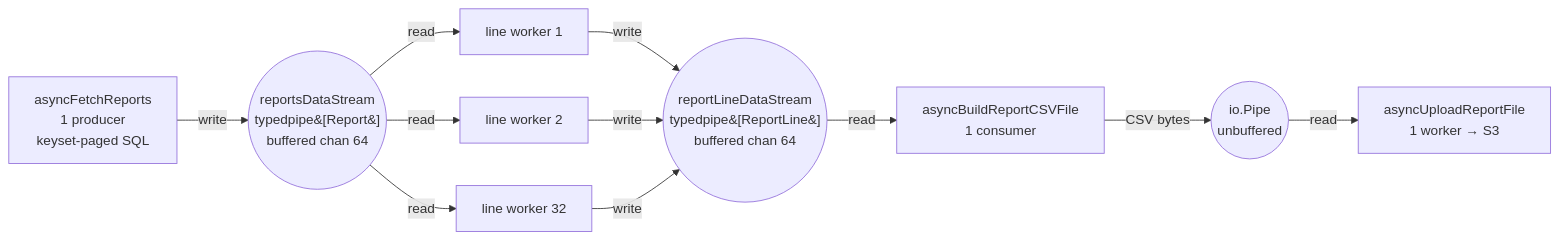
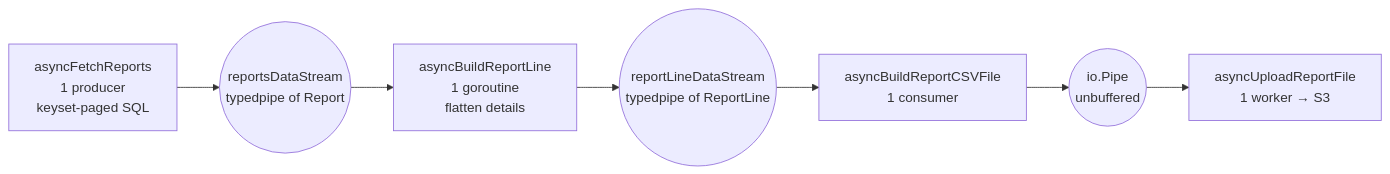
One commit to fikrimohammad/efficient-report-exporter changed the fifth of 10 diagrams in README.md. Above: the diagram before and after it, drawn with Mermaid. The commit also changed other lines of this file, not shown here.

First line of the commit message:
docs: rewrite README with architecture and pipeline design

````diff
--- a/README.md
+++ b/README.md
@@ -232,23 +358,12 @@
 ```mermaid
 flowchart LR
     F["asyncFetchReports<br/>1 producer<br/>keyset-paged SQL"]
-    S1(("reportsDataStream<br/>typedpipe&#91;Report&#93;<br/>buffered chan 64"))
-    W1["line worker 1"]
-    W2["line worker 2"]
-    Wn["line worker 32"]
-    S2(("reportLineDataStream<br/>typedpipe&#91;ReportLine&#93;<br/>buffered chan 64"))
+    S1(("reportsDataStream<br/>typedpipe of Report"))
+    L["asyncBuildReportLine<br/>1 goroutine<br/>flatten details"]
+    S2(("reportLineDataStream<br/>typedpipe of ReportLine"))
     C["asyncBuildReportCSVFile<br/>1 consumer"]
     P(("io.Pipe<br/>unbuffered"))
     U["asyncUploadReportFile<br/>1 worker → S3"]
 
-    F -->|write| S1
-    S1 -->|read| W1
-    S1 -->|read| W2
-    S1 -->|read| Wn
-    W1 -->|write| S2
-    W2 -->|write| S2
-    Wn -->|write| S2
-    S2 -->|read| C
-    C -->|"CSV bytes"| P
-    P -->|read| U
+    F --> S1 --> L --> S2 --> C --> P --> U
 ```
````
